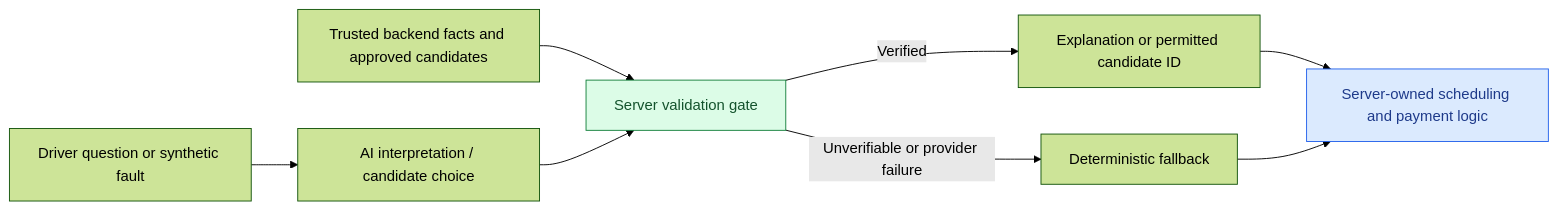
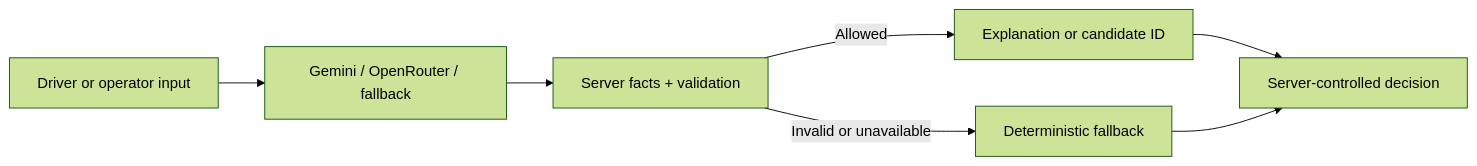
Before and after one commit to piyusha-sayal/gridwindow-flexpay: the fourth of 5 diagrams in README.md, drawn with Mermaid (forest theme). The commit also changed other lines of this file, not shown here.

````diff
--- a/README.md
+++ b/README.md
@@ -404,12 +301,9 @@
 ```mermaid
 flowchart LR
-    U[Driver question or synthetic fault] --> M[AI interpretation / candidate choice]
-    T[Trusted backend facts and approved candidates] --> G[Server validation gate]
-    M --> G
-    G -->|Verified| O[Explanation or permitted candidate ID]
-    G -->|Unverifiable or provider failure| F[Deterministic fallback]
-    O --> S[Server-owned scheduling and payment logic]
-    F --> S
-    style G fill:#DCFCE7,stroke:#15803D,color:#14532D
-    style S fill:#DBEAFE,stroke:#2563EB,color:#1E3A8A
+  A[Driver or operator input] --> B[Gemini / OpenRouter / fallback]
+  B --> C[Server facts + validation]
+  C -->|Allowed| D[Explanation or candidate ID]
+  C -->|Invalid or unavailable| E[Deterministic fallback]
+  D --> F[Server-controlled decision]
+  E --> F
 ```
````
